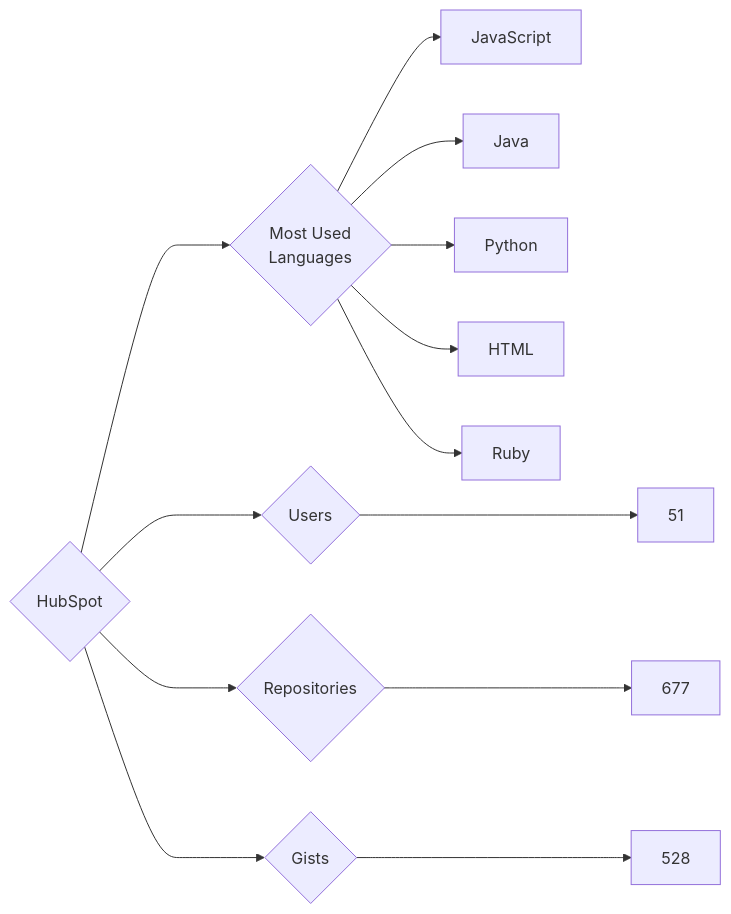
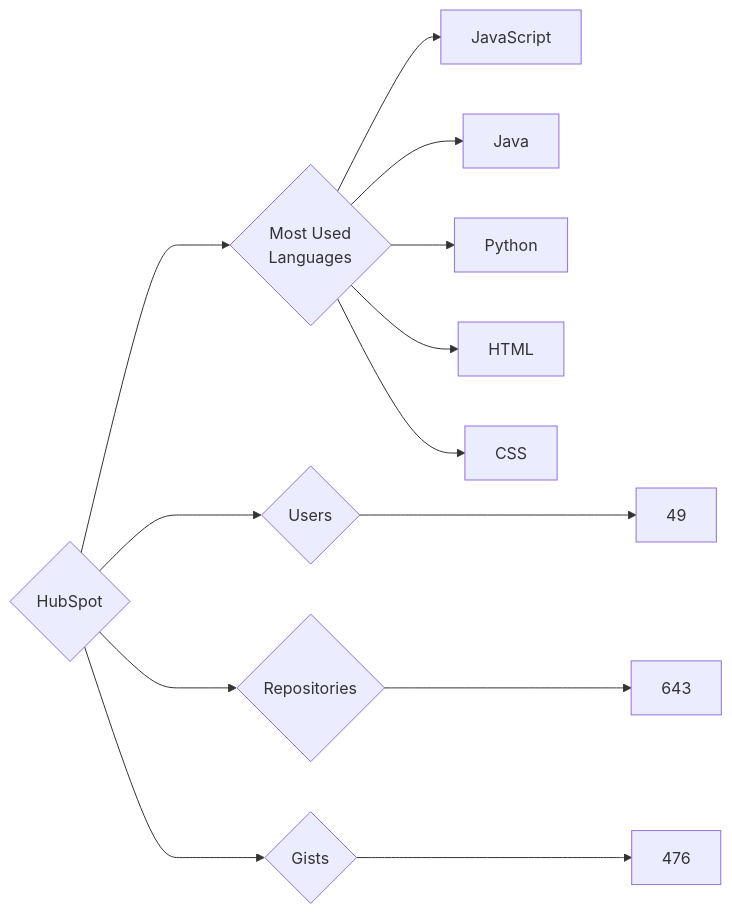
One commit to trickest/insiders changed the diagram in targets/HubSpot/README.md. Above: the diagram before and after it, drawn with Mermaid. The commit also changed 682 other files, not shown here.

````diff
--- a/targets/HubSpot/README.md
+++ b/targets/HubSpot/README.md
@@ -3,13 +3,13 @@
 ```mermaid
 graph LR
 COMPANY_NAME{HubSpot}
-COMPANY_NAME ---> U{Users} ---> UN[51]
-COMPANY_NAME ---> R{Repositories} ---> RN[677]
-COMPANY_NAME ---> G{Gists} ---> GN[528]
+COMPANY_NAME ---> U{Users} ---> UN[49]
+COMPANY_NAME ---> R{Repositories} ---> RN[643]
+COMPANY_NAME ---> G{Gists} ---> GN[476]
 COMPANY_NAME ---> ML{Most Used<br>Languages}
 ML --> JavaScript[JavaScript]
 ML --> Java[Java]
 ML --> Python[Python]
 ML --> HTML[HTML]
-ML --> Ruby[Ruby]
+ML --> CSS[CSS]
 ```
````
